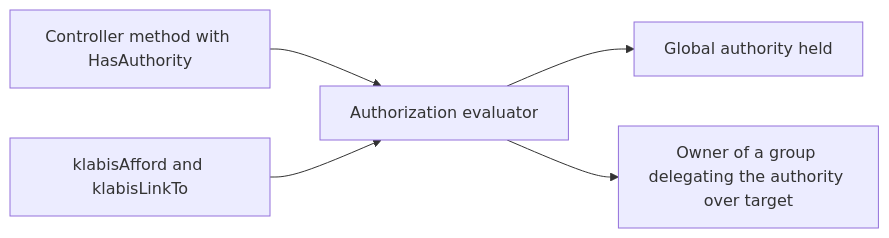
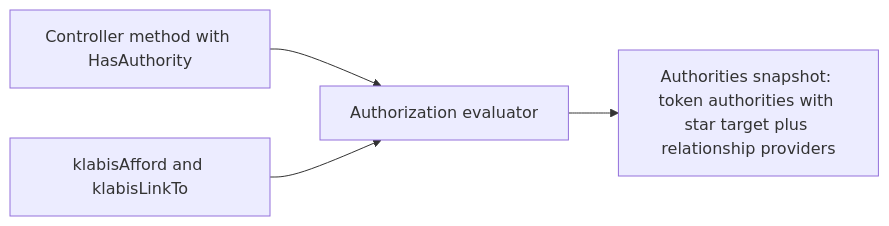
The diagram in openspec/changes/add-rebac-authorization/proposal.md (zabiny/klabis), drawn with Mermaid before and after one commit. The commit also changed other lines of this file and 4 other files, not shown here.

````diff
--- a/openspec/changes/add-rebac-authorization/proposal.md
+++ b/openspec/changes/add-rebac-authorization/proposal.md
@@ -15,7 +17,6 @@
 ```mermaid
 flowchart LR
     Call[Controller method with HasAuthority] --> Eval[Authorization evaluator]
     Hal[klabisAfford and klabisLinkTo] --> Eval
-    Eval --> Global[Global authority held]
-    Eval --> Rel[Owner of a group delegating the authority over target]
+    Eval --> Snap[Authorities snapshot: token authorities with star target plus relationship providers]
 ```
````
